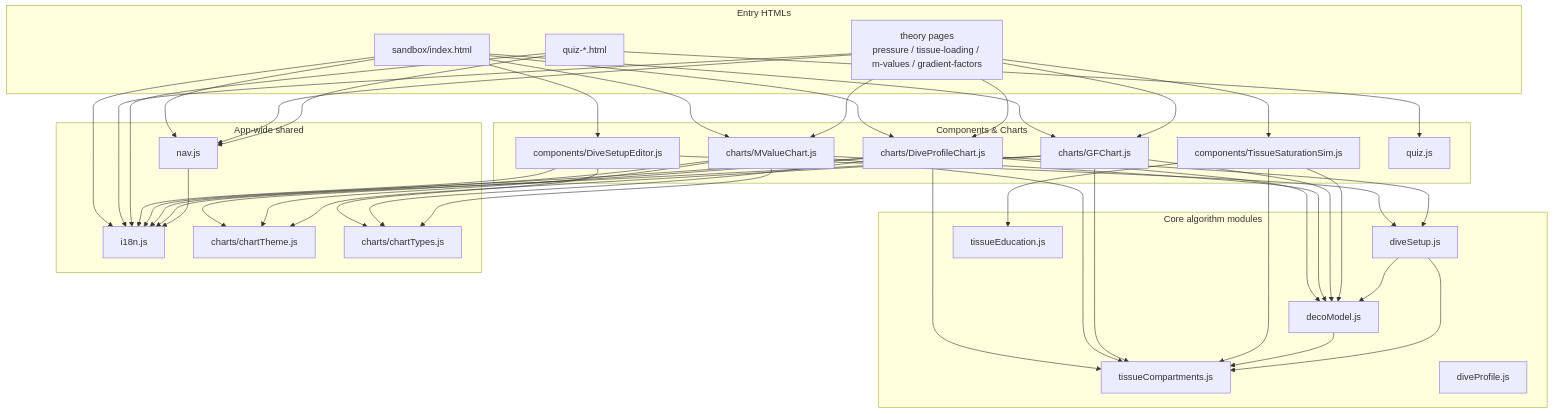
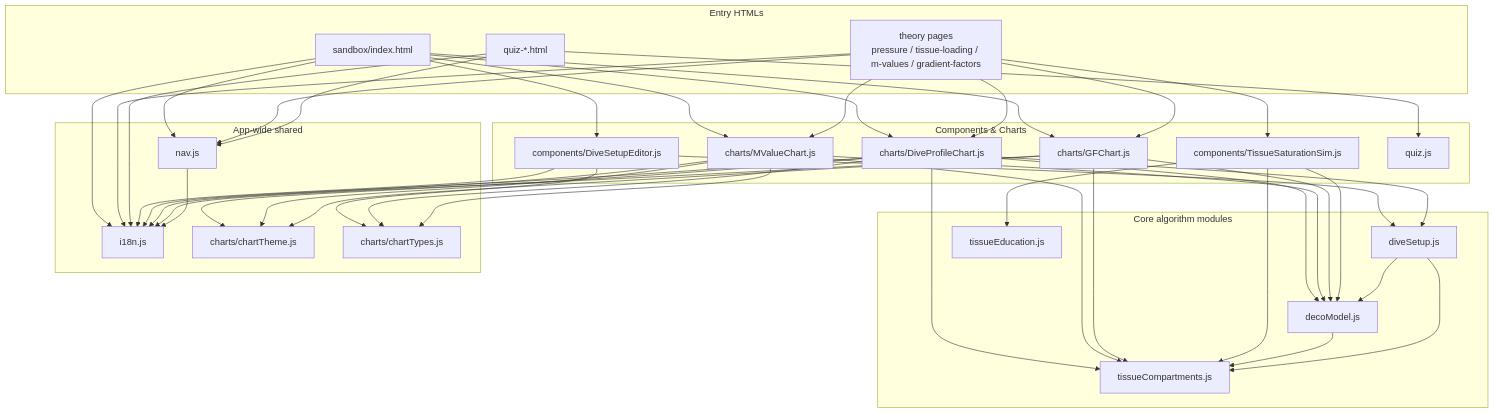
One commit to matej-hron/decojs changed the diagram in wiki/Architecture.md. Above: the diagram before and after it, drawn with Mermaid. The commit also changed other lines of this file and 36 other files, not shown here.

````diff
--- a/wiki/Architecture.md
+++ b/wiki/Architecture.md
@@ -28,82 +28,81 @@
 ```mermaid
 graph TD
     subgraph Entry["Entry HTMLs"]
         SandboxHTML[sandbox/index.html]
         TheoryHTML[theory pages<br/>pressure / tissue-loading / m-values / gradient-factors]
         QuizHTML[quiz-*.html]
     end
 
     subgraph Components["Components & Charts"]
         DSE[components/DiveSetupEditor.js]
         DPC[charts/DiveProfileChart.js]
         MVC[charts/MValueChart.js]
         GFC[charts/GFChart.js]
         TSS[components/TissueSaturationSim.js]
         Quiz[quiz.js]
     end
 
     subgraph Core["Core algorithm modules"]
         Deco[decoModel.js]
         TC[tissueCompartments.js]
         DS[diveSetup.js]
-        DP[diveProfile.js]
         TE[tissueEducation.js]
     end
 
     subgraph Shared["App-wide shared"]
         Nav[nav.js]
         I18n[i18n.js]
         CT[charts/chartTheme.js]
         CTypes[charts/chartTypes.js]
     end
 
     SandboxHTML --> DSE
     SandboxHTML --> DPC
     SandboxHTML --> MVC
     SandboxHTML --> GFC
     SandboxHTML --> Nav
     SandboxHTML --> I18n
 
     TheoryHTML --> DPC
     TheoryHTML --> MVC
     TheoryHTML --> GFC
     TheoryHTML --> TSS
     TheoryHTML --> Nav
     TheoryHTML --> I18n
 
     QuizHTML --> Quiz
     QuizHTML --> Nav
     QuizHTML --> I18n
 
     DSE --> DS
     DSE --> CTypes
     DSE --> I18n
 
     DPC --> Deco
     DPC --> DS
     DPC --> TC
     DPC --> CT
     DPC --> CTypes
     DPC --> I18n
 
     MVC --> Deco
     MVC --> TC
     MVC --> CT
     MVC --> CTypes
     MVC --> I18n
 
     GFC --> Deco
     GFC --> TC
     GFC --> CT
     GFC --> I18n
 
     TSS --> TE
     TSS --> Deco
     TSS --> TC
 
     Deco --> TC
     DS --> Deco
     DS --> TC
 
     Nav --> I18n
 ```
````
